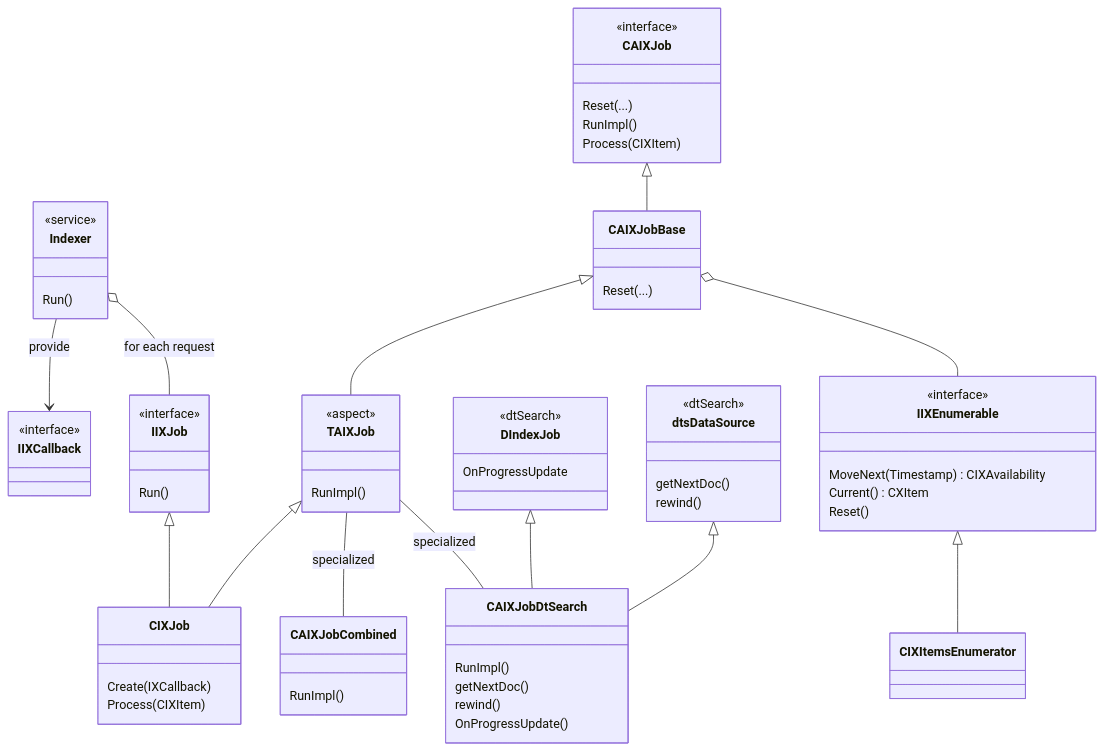
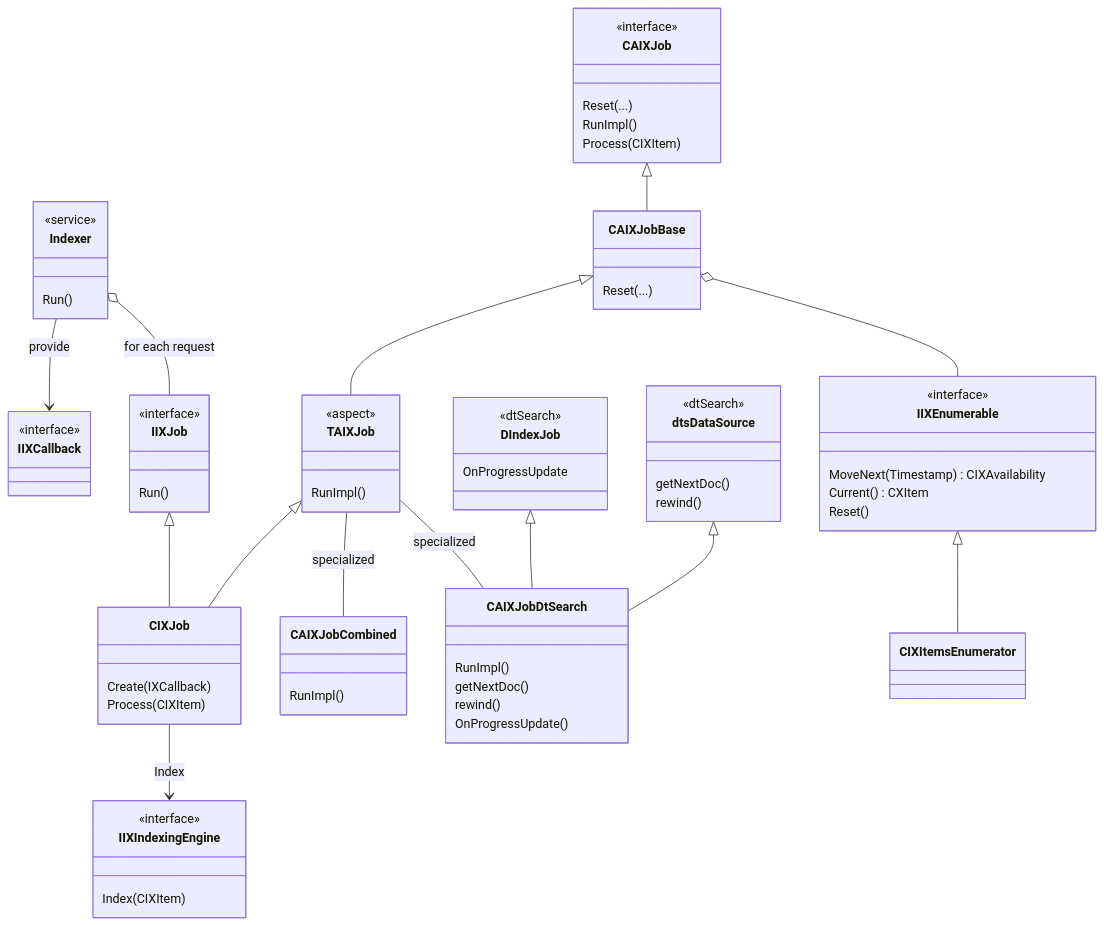
Before and after one commit to lightcaurby/Code-IXSample: the second of 3 diagrams in README.md, drawn with Mermaid.

Commit message:
IIXIndexingEngine added to the job diagram.

````diff
--- a/README.md
+++ b/README.md
@@ -58,62 +58,67 @@
 ```mermaid
 classDiagram
 
 class IIXCallback
 <<interface>> IIXCallback
 
 
 class TAIXJob
 <<aspect>> TAIXJob
 
 class IIXJob
 <<interface>> IIXJob
 IIXJob : Run()
 IIXJob <|-- CIXJob
 CIXJob : Create( IXCallback )
 CIXJob : Process( CIXItem)
 TAIXJob <|-- CIXJob
 TAIXJob : RunImpl()
 TAIXJob -- CAIXJobCombined : specialized
 CAIXJobCombined : RunImpl()
 TAIXJob -- CAIXJobDtSearch : specialized
 CAIXJobDtSearch : RunImpl()
 CAIXJobDtSearch : getNextDoc()
 CAIXJobDtSearch : rewind()
 CAIXJobDtSearch : OnProgressUpdate()
 CAIXJobBase <|-- TAIXJob
 CAIXJobBase : Reset( ...)
 class CAIXJob
 <<interface>> CAIXJob
 CAIXJob : Reset(...)
 CAIXJob : RunImpl()
 CAIXJob : Process(CIXItem)
 CAIXJob <|-- CAIXJobBase
 
 
+class IIXIndexingEngine 
+<<interface>> IIXIndexingEngine
+IIXIndexingEngine : Index(CIXItem)
+CIXJob --> IIXIndexingEngine : Index
+
 class IIXEnumerable
 <<interface>> IIXEnumerable
 IIXEnumerable : MoveNext( Timestamp ) CIXAvailability
 IIXEnumerable : Current() CXItem
 IIXEnumerable : Reset()
 IIXEnumerable <|-- CIXItemsEnumerator
 CAIXJobBase o-- IIXEnumerable
 
 class DIndexJob
 <<dtSearch>> DIndexJob
 DIndexJob <|-- CAIXJobDtSearch
 DIndexJob : OnProgressUpdate
 class dtsDataSource
 <<dtSearch>> dtsDataSource
 dtsDataSource : getNextDoc()
 dtsDataSource : rewind()
 dtsDataSource <|-- CAIXJobDtSearch
 
 class Indexer
 <<service>> Indexer
 
 Indexer : Run()
 Indexer --> IIXCallback : provide
 Indexer o-- IIXJob : for each request
 
 
 ```
````
